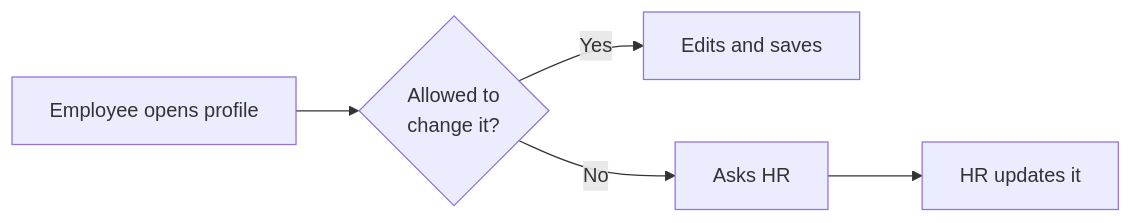
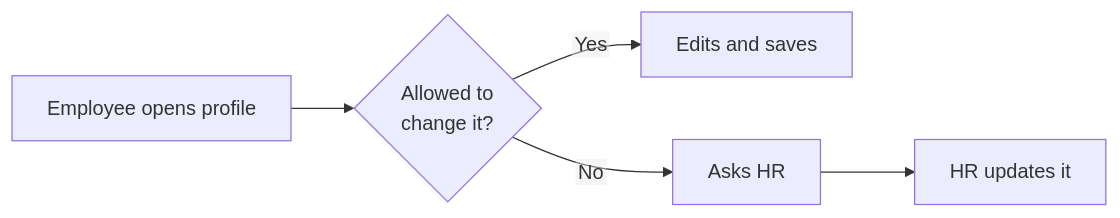
The third of 3 diagrams in docs/stage-2-discovery/01-as-is-assessment.md (RenukaPorje/ERP-internal), drawn with Mermaid before and after one commit. The commit also changed other lines of this file and 4 other files, not shown here.

Commit message:
fix: updating diagram labels

````diff
--- a/docs/stage-2-discovery/01-as-is-assessment.md
+++ b/docs/stage-2-discovery/01-as-is-assessment.md
@@ -79,7 +81,8 @@
 ```mermaid
+%%{init: {"fontFamily": "Arial, Helvetica, sans-serif", "flowchart": {"htmlLabels": false, "padding": 14}}}%%
 flowchart LR
     A[Employee opens profile] --> B{Allowed to<br/>change it?}
     B -->|Yes| C[Edits and saves]
     B -->|No| D[Asks HR]
     D --> E[HR updates it]
 ```
````
